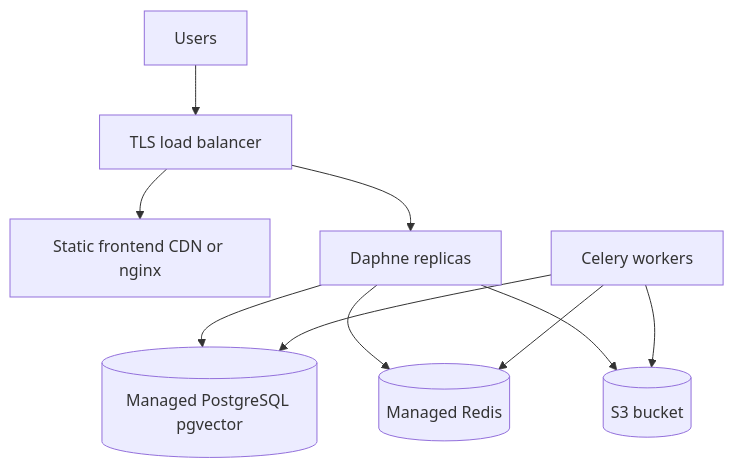
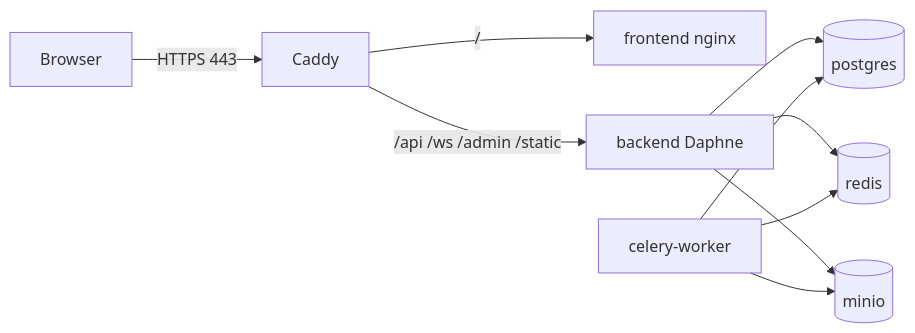
One commit to ritchi-e/VIVA changed the diagram in docs/deployment.md. Above: the diagram before and after it, drawn with Mermaid. The commit also changed other lines of this file and 17 other files, not shown here.

````diff
--- a/docs/deployment.md
+++ b/docs/deployment.md
@@ -14,20 +16,12 @@
 ```mermaid
-flowchart TB
-  LB[TLS load balancer]
-  FE[Static frontend CDN or nginx]
-  API[Daphne replicas]
-  CW[Celery workers]
-  PG[(Managed PostgreSQL pgvector)]
-  R[(Managed Redis)]
-  S3[(S3 bucket)]
-
-  Users --> LB
-  LB --> FE
-  LB --> API
-  API --> PG
-  API --> R
-  API --> S3
-  CW --> PG
-  CW --> R
-  CW --> S3
+flowchart LR
+  User[Browser] -->|HTTPS 443| Caddy
+  Caddy -->|/| FE[frontend nginx]
+  Caddy -->|/api /ws /admin /static| BE[backend Daphne]
+  BE --> PG[(postgres)]
+  BE --> Redis[(redis)]
+  BE --> MinIO[(minio)]
+  CW[celery-worker] --> PG
+  CW --> Redis
+  CW --> MinIO
 ```
````
